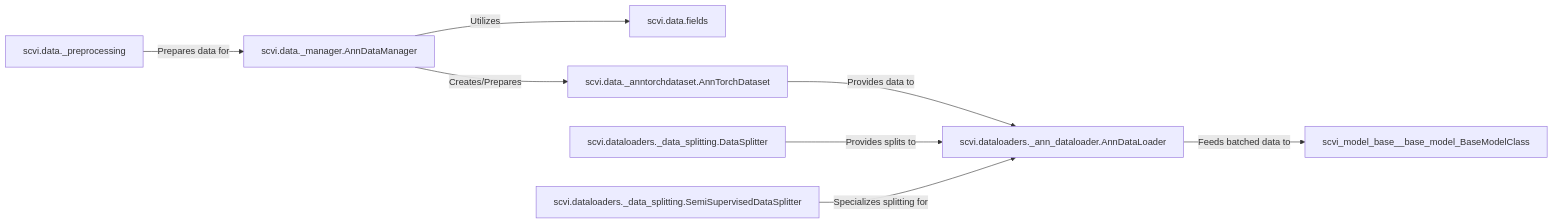
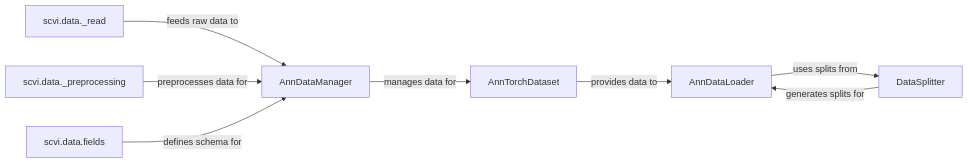
The diagram in scvi-tools/Data_Management_Loading.md (CodeBoarding/GeneratedOnBoardings), drawn with Mermaid before and after one commit. The commit also changed other lines of this file and 5 other files, not shown here.

````diff
--- a/scvi-tools/Data_Management_Loading.md
+++ b/scvi-tools/Data_Management_Loading.md
@@ -1,17 +1,17 @@
 ```mermaid
 graph LR
-    scvi_data__manager_AnnDataManager["scvi.data._manager.AnnDataManager"]
+    AnnDataManager["AnnDataManager"]
+    scvi_data__read["scvi.data._read"]
+    scvi_data__preprocessing["scvi.data._preprocessing"]
     scvi_data_fields["scvi.data.fields"]
-    scvi_data__anntorchdataset_AnnTorchDataset["scvi.data._anntorchdataset.AnnTorchDataset"]
-    scvi_dataloaders__data_splitting_DataSplitter["scvi.dataloaders._data_splitting.DataSplitter"]
-    scvi_dataloaders__data_splitting_SemiSupervisedDataSplitter["scvi.dataloaders._data_splitting.SemiSupervisedDataSplitter"]
-    scvi_dataloaders__ann_dataloader_AnnDataLoader["scvi.dataloaders._ann_dataloader.AnnDataLoader"]
-    scvi_data__preprocessing["scvi.data._preprocessing"]
-    scvi_data__preprocessing -- "Prepares data for" --> scvi_data__manager_AnnDataManager
-    scvi_data__manager_AnnDataManager -- "Utilizes" --> scvi_data_fields
-    scvi_data__manager_AnnDataManager -- "Creates/Prepares" --> scvi_data__anntorchdataset_AnnTorchDataset
-    scvi_data__anntorchdataset_AnnTorchDataset -- "Provides data to" --> scvi_dataloaders__ann_dataloader_AnnDataLoader
-    scvi_dataloaders__data_splitting_DataSplitter -- "Provides splits to" --> scvi_dataloaders__ann_dataloader_AnnDataLoader
-    scvi_dataloaders__data_splitting_SemiSupervisedDataSplitter -- "Specializes splitting for" --> scvi_dataloaders__ann_dataloader_AnnDataLoader
-    scvi_dataloaders__ann_dataloader_AnnDataLoader -- "Feeds batched data to" --> scvi_model_base__base_model_BaseModelClass
+    AnnTorchDataset["AnnTorchDataset"]
+    DataSplitter["DataSplitter"]
+    AnnDataLoader["AnnDataLoader"]
+    scvi_data__read -- "feeds raw data to" --> AnnDataManager
+    scvi_data__preprocessing -- "preprocesses data for" --> AnnDataManager
+    scvi_data_fields -- "defines schema for" --> AnnDataManager
+    AnnDataManager -- "manages data for" --> AnnTorchDataset
+    AnnTorchDataset -- "provides data to" --> AnnDataLoader
+    DataSplitter -- "generates splits for" --> AnnDataLoader
+    AnnDataLoader -- "uses splits from" --> DataSplitter
 ```
````
